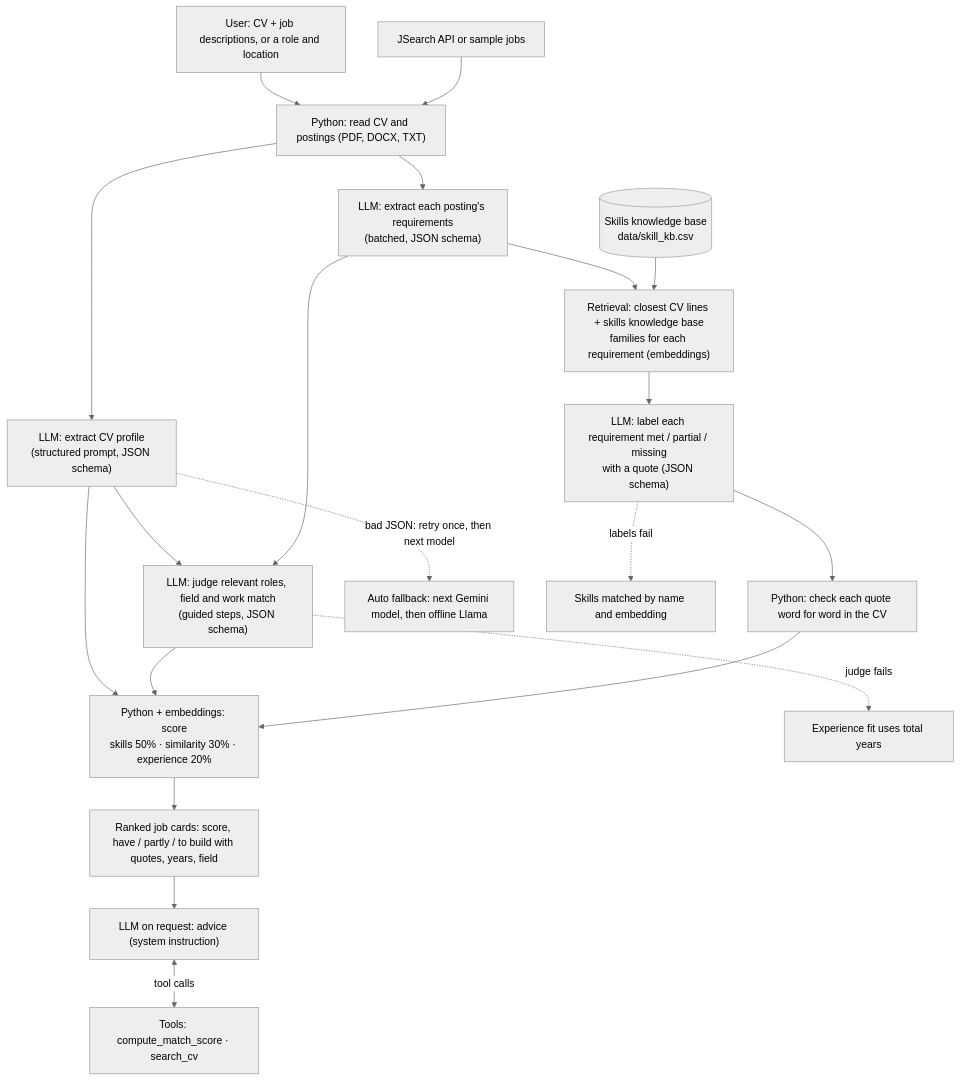
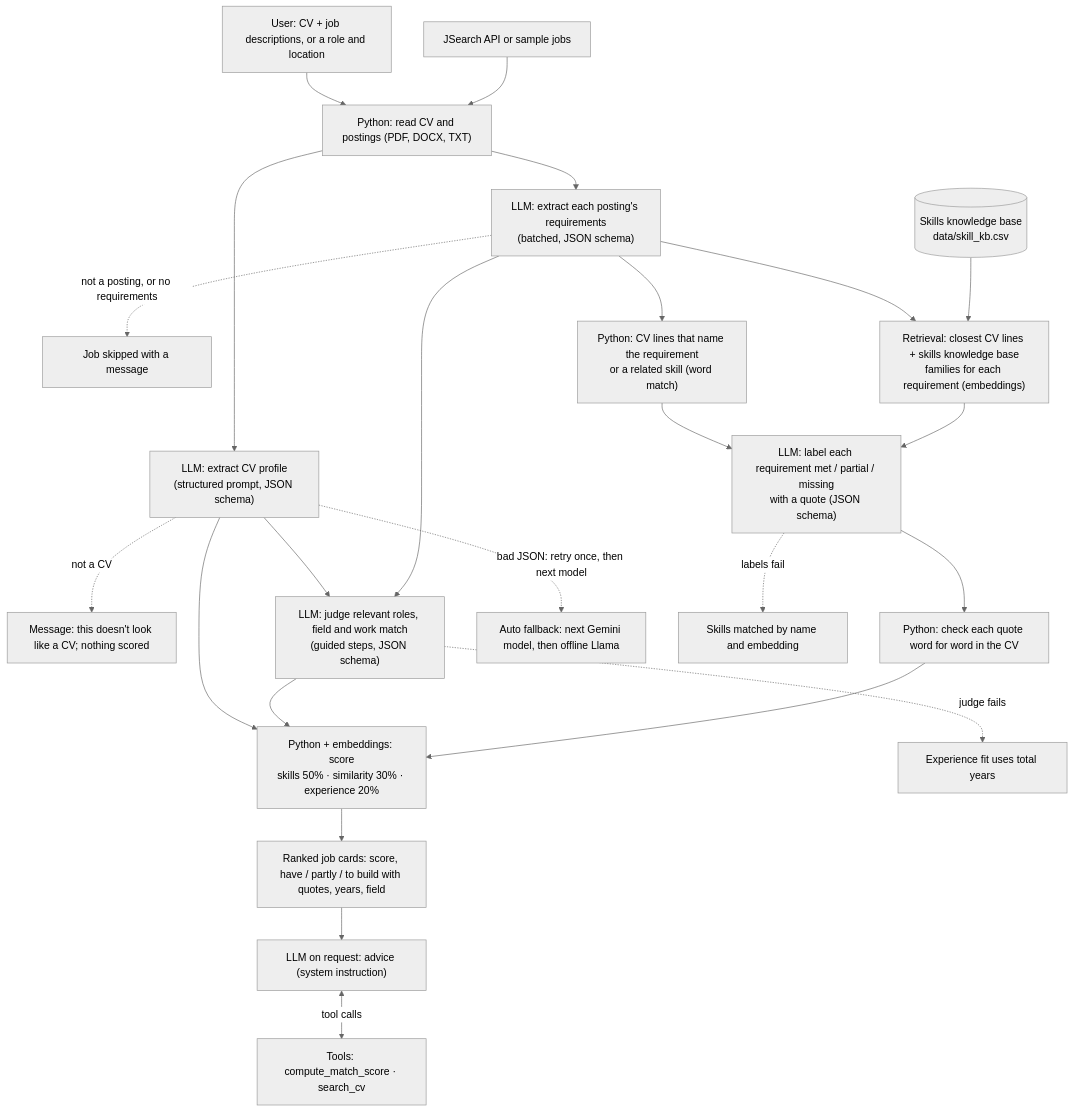
Before and after one commit to IS883Fall26Group3/SEAblings: the diagram in README.md, drawn with Mermaid (neutral theme). The commit also changed other lines of this file and 18 other files, not shown here.

````diff
--- a/README.md
+++ b/README.md
@@ -260,22 +276,26 @@
 ```mermaid
 flowchart TD
     U["User: CV + job descriptions, or a role and location"] --> P["Python: read CV and postings (PDF, DOCX, TXT)"]
     S["JSearch API or sample jobs"] --> P
     P --> A["LLM: extract CV profile<br/>(structured prompt, JSON schema)"]
     P --> B["LLM: extract each posting's requirements<br/>(batched, JSON schema)"]
+    A -. "not a CV" .-> NO["Message: this doesn't look like a CV; nothing scored"]
+    B -. "not a posting, or no requirements" .-> SK["Job skipped with a message"]
     A --> J["LLM: judge relevant roles, field and work match<br/>(guided steps, JSON schema)"]
     B --> J
     B --> R["Retrieval: closest CV lines + skills knowledge base<br/>families for each requirement (embeddings)"]
     KB[("Skills knowledge base<br/>data/skill_kb.csv")] --> R
+    B --> R2["Python: CV lines that name the requirement<br/>or a related skill (word match)"]
+    R2 --> L
     R --> L["LLM: label each requirement met / partial / missing<br/>with a quote (JSON schema)"]
     L --> V["Python: check each quote word for word in the CV"]
     A --> M["Python + embeddings: score<br/>skills 50% · similarity 30% · experience 20%"]
     J --> M
     V --> M
     M --> C["Ranked job cards: score, have / partly / to build with quotes, years, field"]
     C --> X["LLM on request: advice (system instruction)"]
     X <-->|"tool calls"| TL["Tools: compute_match_score · search_cv"]
     A -. "bad JSON: retry once, then next model" .-> F["Auto fallback: next Gemini model, then offline Llama"]
     J -. "judge fails" .-> T["Experience fit uses total years"]
     L -. "labels fail" .-> SM["Skills matched by name and embedding"]
 ```
````
